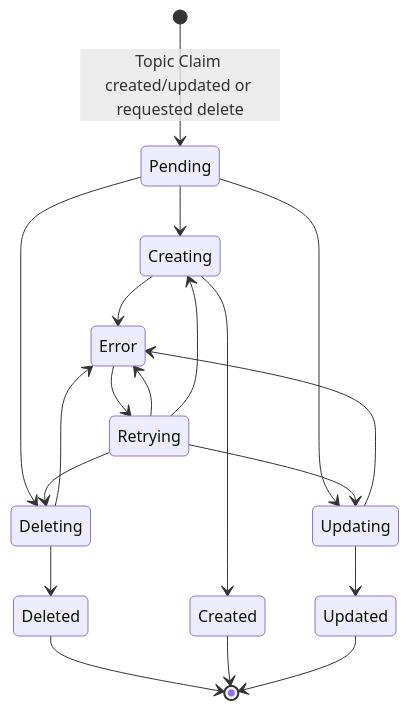
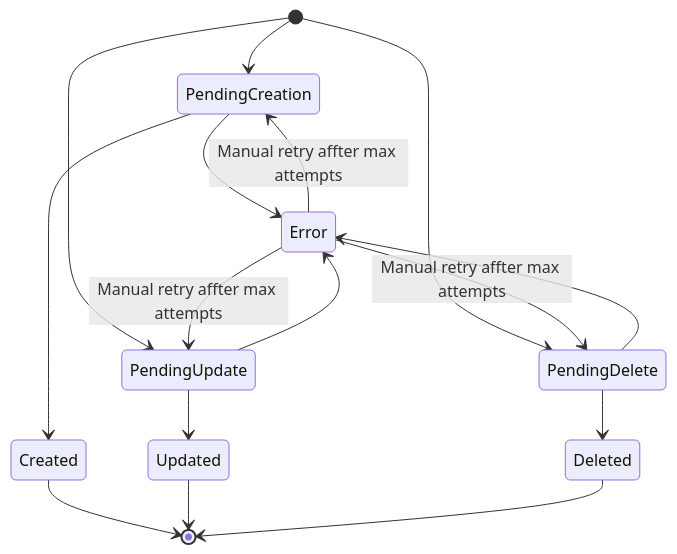
The second of 3 diagrams in 003-franz/003.3-topic-claim.md (KafkaMetamorphosis/docs), drawn with Mermaid before and after one commit. The commit also changed other lines of this file and 3 other files, not shown here.

Commit message:
wip: working on topic creation and claims expansion diagrams

````diff
--- a/003-franz/003.3-topic-claim.md
+++ b/003-franz/003.3-topic-claim.md
@@ -10,27 +138,22 @@
 ```mermaid
 stateDiagram-v2
-    [*]           --> Pending  : Topic Claim created/updated or requested delete
+    [*]                    --> PendingCreation
+    [*]                    --> PendingUpdate
+    [*]                    --> PendingDelete
 
-    Pending       --> Creating
-    Pending       --> Deleting
-    Pending       --> Updating
+    PendingCreation       --> Created
+    PendingUpdate         --> Updated
+    PendingDelete         --> Deleted
 
-    Deleting      --> Deleted
-    Deleting      --> Error
+    PendingCreation       --> Error
+    PendingUpdate         --> Error
+    PendingDelete         --> Error
 
-    Creating      --> Error
-    Creating      --> Created
+    Error                 --> PendingCreation : Manual retry affter max attempts
+    Error                 --> PendingUpdate   : Manual retry affter max attempts
+    Error                 --> PendingDelete   : Manual retry affter max attempts
 
-    Updating      --> Error
-    Updating      --> Updated 
-
-    Error         --> Retrying
-    Retrying      --> Error
-    Retrying      --> Creating
-    Retrying      --> Deleting
-    Retrying      --> Updating
-    
-    Deleted       --> [*]
-    Created       --> [*]
-    Updated       --> [*]
+    Created               --> [*]
+    Updated               --> [*]
+    Deleted               --> [*]
 ```
````
